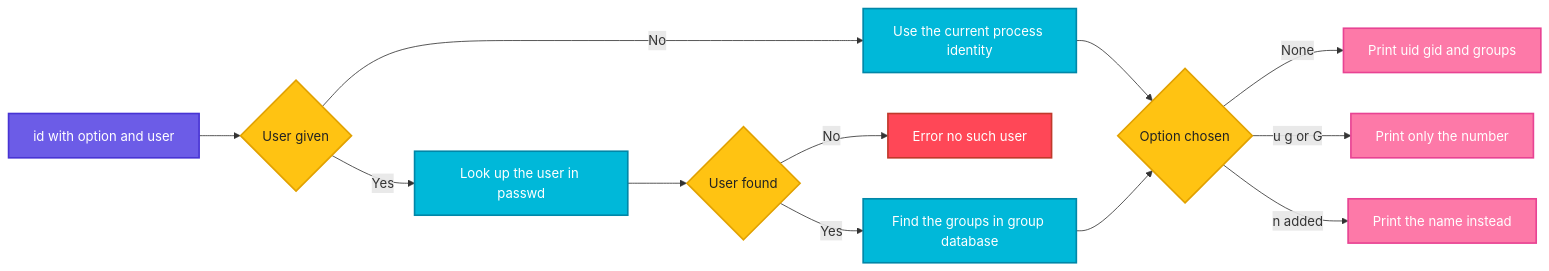
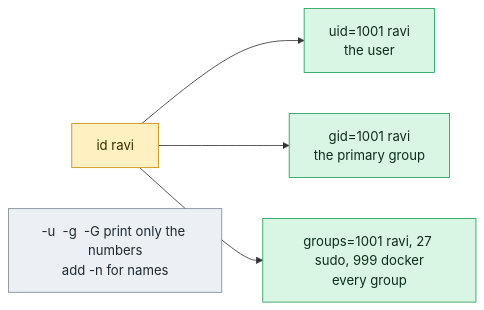
Before and after one commit to codeKerdosTech/DevOps-Documentation: the diagram in linux/user-management/id.md, drawn with Mermaid. The commit also changed other lines of this file and 165 other files, not shown here.

Commit message:
updated diagrams in linux

````diff
--- a/linux/user-management/id.md
+++ b/linux/user-management/id.md
@@ -27,26 +27,15 @@
 ```mermaid
 flowchart LR
-    A[id with option and user] --> B{User given}
-    B -->|No| C[Use the current process identity]
-    B -->|Yes| D[Look up the user in passwd]
-    D --> E{User found}
-    E -->|No| F[Error no such user]
-    E -->|Yes| G[Find the groups in group database]
-    C --> H{Option chosen}
-    G --> H
-    H -->|None| I[Print uid gid and groups]
-    H -->|u g or G| J[Print only the number]
-    H -->|n added| K[Print the name instead]
-    classDef start fill:#6C5CE7,stroke:#4834D4,stroke-width:2px,color:#fff
-    classDef proc fill:#00B8D9,stroke:#0087A8,stroke-width:2px,color:#fff
-    classDef dec fill:#FFC312,stroke:#E1A100,stroke-width:2px,color:#222
-    classDef ok fill:#2ECC71,stroke:#1E8449,stroke-width:2px,color:#fff
-    classDef err fill:#FF4757,stroke:#C0392B,stroke-width:2px,color:#fff
-    classDef out fill:#FD79A8,stroke:#E84393,stroke-width:2px,color:#fff
-    classDef alt fill:#FF9F43,stroke:#E67E22,stroke-width:2px,color:#fff
-    class A start
-    class B,E,H dec
-    class C,D,G proc
-    class F err
-    class I,J,K out
+    c1[id ravi] --> o1[uid=1001 ravi<br/>the user]
+    c1 --> o2[gid=1001 ravi<br/>the primary group]
+    c1 --> o3[groups=1001 ravi, 27 sudo, 999 docker<br/>every group]
+    n1[-u  -g  -G print only the numbers<br/>add -n for names]
+    classDef inp fill:#DCEBFF,stroke:#2F6FDE,color:#10213F
+    classDef cmd fill:#FFF0C2,stroke:#C98A00,color:#3A2A00
+    classDef out fill:#D9F5E3,stroke:#1F9D55,color:#0B2E1A
+    classDef bad fill:#FDE0E0,stroke:#D13B3B,color:#4A0F0F
+    classDef note fill:#ECEFF3,stroke:#7B8794,color:#1F2933
+    class c1 cmd
+    class o1,o2,o3 out
+    class n1 note
 ```
````
